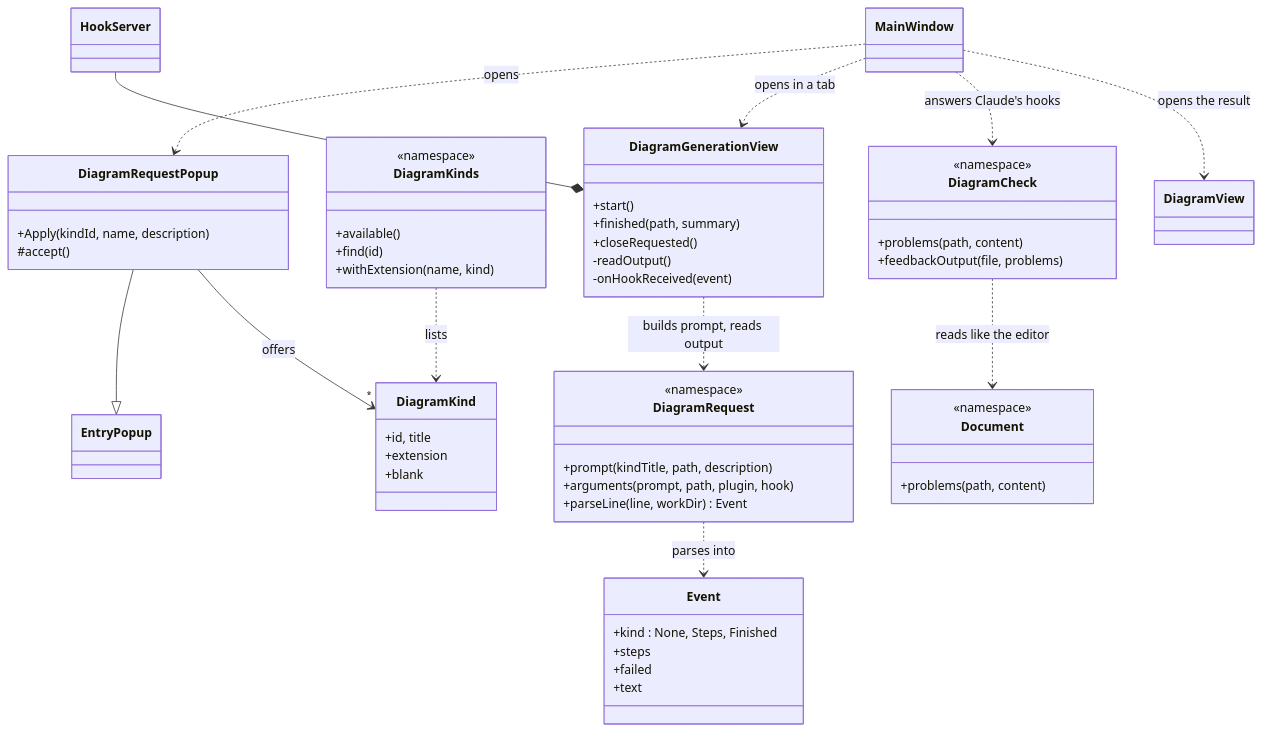
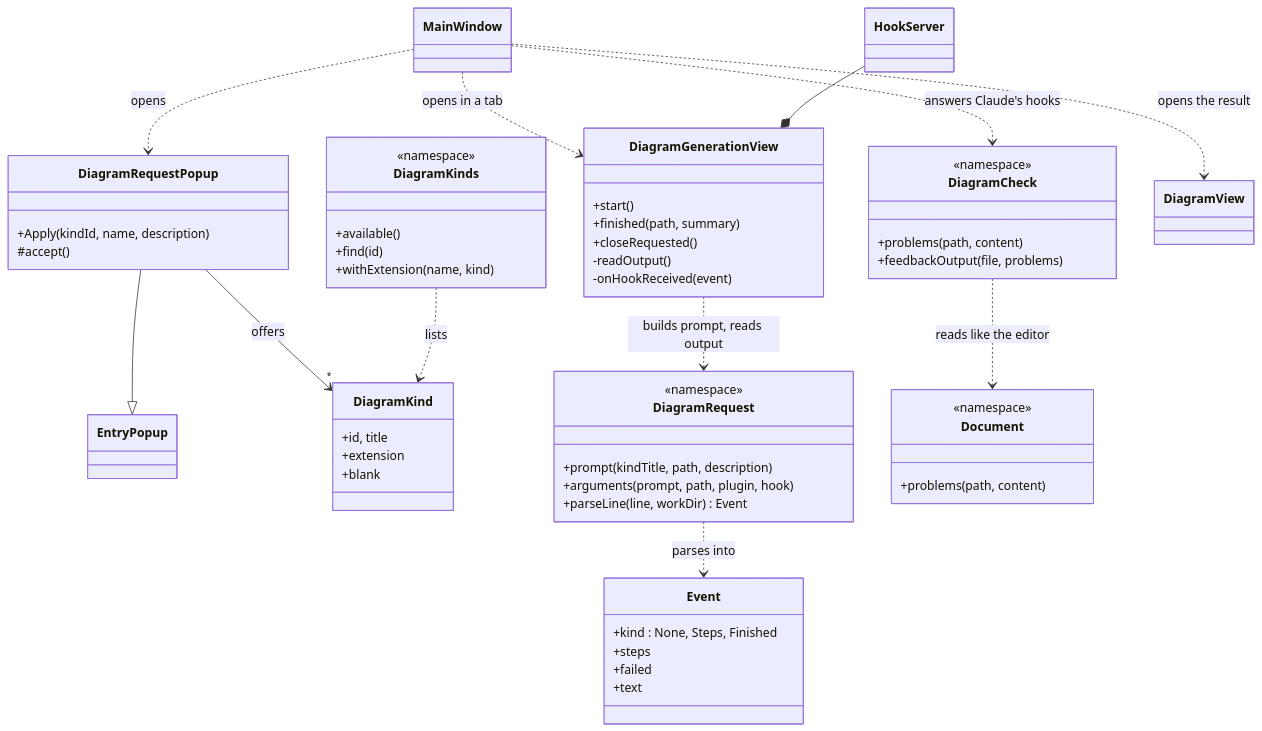
Before and after one commit to EricPonthiaux/Kodamiko: the diagram in docs/diagrams/diagram-generation-with-claude.mmd, drawn with Mermaid. The commit also changed 3 other files, not shown here.

```diff
--- a/docs/diagrams/diagram-generation-with-claude.mmd
+++ b/docs/diagrams/diagram-generation-with-claude.mmd
@@ -1,84 +1,84 @@
 classDiagram
   class EntryPopup
   class DiagramRequestPopup {
     +Apply(kindId, name, description)
     #accept()
   }
   class DiagramKind {
     +id, title
     +extension
     +blank
   }
   class DiagramKinds {
     <<namespace>>
     +available()
     +find(id)
     +withExtension(name, kind)
   }
   class DiagramRequest {
     <<namespace>>
     +prompt(kindTitle, path, description)
     +arguments(prompt, path, plugin, hook)
     +parseLine(line, workDir) Event
   }
   class Event {
     +kind : None, Steps, Finished
     +steps
     +failed
     +text
   }
-  class DiagramGenerationView {
-    +start()
-    +finished(path, summary)
-    +closeRequested()
-    -readOutput()
-    -onHookReceived(event)
-  }
-  class HookServer
   class DiagramCheck {
     <<namespace>>
     +problems(path, content)
     +feedbackOutput(file, problems)
   }
   class Document {
     <<namespace>>
     +problems(path, content)
   }
   class MainWindow
+  class DiagramGenerationView {
+    +start()
+    +finished(path, summary)
+    +closeRequested()
+    -readOutput()
+    -onHookReceived(event)
+  }
   class DiagramView
+  class HookServer
   DiagramRequestPopup --|> EntryPopup
   MainWindow ..> DiagramRequestPopup : opens
   DiagramRequestPopup --> "*" DiagramKind : offers
   DiagramKinds ..> DiagramKind : lists
   MainWindow ..> DiagramGenerationView : opens in a tab
   DiagramGenerationView ..> DiagramRequest : builds prompt, reads output
   DiagramRequest ..> Event : parses into
   HookServer --* DiagramGenerationView
   MainWindow ..> DiagramCheck : answers Claude's hooks
   DiagramCheck ..> Document : reads like the editor
   MainWindow ..> DiagramView : opens the result
 
 %% Layout kept by Duet (positions, sizes, colors, curves)
 %% duet {"key":"EntryPopup","x":39,"y":448}
 %% duet {"key":"DiagramRequestPopup","x":0,"y":184}
 %% duet {"key":"DiagramKind","x":263,"y":418}
 %% duet {"key":"DiagramKinds","x":271.5,"y":164}
 %% duet {"key":"DiagramRequest","x":951,"y":408}
 %% duet {"key":"Event","x":982.5,"y":642}
-%% duet {"key":"DiagramGenerationView","x":986.5,"y":154}
-%% duet {"key":"HookServer","x":1036,"y":0}
 %% duet {"key":"DiagramCheck","x":508,"y":174}
 %% duet {"key":"Document","x":529.5,"y":428}
 %% duet {"fill":"#1565c0","key":"MainWindow","x":666,"y":0}
+%% duet {"key":"DiagramGenerationView","x":986.5,"y":154}
 %% duet {"fill":"#1565c0","key":"DiagramView","x":773,"y":204}
-%% duet {"c":[114,300.5,114,340.6,114,393.5,114,432.5],"e":[114,447.8],"link":"DiagramRequestPopup>EntryPopup","n":0}
-%% duet {"c":[665.5,51.8,570.7,70.4,403.8,107.4,267.8,160.3,254.2,165.6,240.3,171.8,226.7,178.3],"e":[215.8,183.6],"link":"MainWindow>DiagramRequestPopup","lp":[403.9,115],"n":0}
-%% duet {"c":[167.7,300.5,197.5,332.9,235,373.8,267.2,408.9],"e":[275.3,417.7],"link":"DiagramRequestPopup>DiagramKind","lp":[262.4,369],"n":0}
-%% duet {"c":[358.4,320.2,355.1,347.4,351.3,378,347.9,405.4],"e":[346.4,417.7],"link":"DiagramKinds>DiagramKind","lp":[370.5,369],"n":0}
-%% duet {"c":[805.3,76.4,853.2,105,919.7,144.6,975.6,178],"e":[986.3,184.3],"link":"MainWindow>DiagramGenerationView","lp":[987.4,115],"n":0}
+%% duet {"fill":"#d84315","key":"HookServer","x":1036,"y":0}
+%% duet {"c":[114,300.4,114,340.6,114,393.5,114,432.5],"e":[114,447.8],"link":"DiagramRequestPopup>EntryPopup","n":0}
+%% duet {"c":[665.5,51.8,570.7,70.4,403.8,107.4,267.8,160.3,254.2,165.6,240.3,171.7,226.7,178.3],"e":[215.8,183.6],"link":"MainWindow>DiagramRequestPopup","lp":[403.9,115],"n":0}
+%% duet {"c":[167.7,300.4,197.5,332.9,235,373.8,267.2,408.9],"e":[275.3,417.7],"link":"DiagramRequestPopup>DiagramKind","lp":[262.4,369],"n":0}
+%% duet {"c":[358.4,320.2,355,347.4,351.3,378,347.9,405.3],"e":[346.4,417.7],"link":"DiagramKinds>DiagramKind","lp":[370.5,369],"n":0}
+%% duet {"c":[805.3,76.4,853.2,104.9,919.7,144.6,975.6,178],"e":[986.3,184.3],"link":"MainWindow>DiagramGenerationView","lp":[987.4,115],"n":0}
 %% duet {"c":[1083,330.4,1083,351.5,1083,374.1,1083,395.3],"e":[1083,407.6],"link":"DiagramGenerationView>DiagramRequest","lp":[1167.5,369],"n":0}
-%% duet {"c":[1083,564.3,1083,585.1,1083,607.9,1083,629.4],"e":[1083,641.9],"link":"DiagramRequest>Event","lp":[1120.5,603],"n":0}
+%% duet {"c":[1083,564.2,1083,585.1,1083,607.9,1083,629.3],"e":[1083,641.8],"link":"DiagramRequest>Event","lp":[1120.5,603],"n":0}
 %% duet {"c":[1105.7,76.4,1103.4,93.2,1100.6,113.8,1097.7,134.7],"e":[1095.1,153.9],"link":"HookServer>DiagramGenerationView","n":0}
-%% duet {"c":[718.1,76.4,703.4,100.9,683.9,133.5,666.1,163.3],"e":[659.9,173.7],"link":"MainWindow>DiagramCheck","lp":[701.5,115],"n":0}
-%% duet {"c":[619,310.3,619,343.1,619,382.3,619,415.3],"e":[619,427.7],"link":"DiagramCheck>Document","lp":[681,369],"n":0}
+%% duet {"c":[718.1,76.4,703.4,100.8,683.9,133.4,666.1,163.3],"e":[659.9,173.6],"link":"MainWindow>DiagramCheck","lp":[701.5,115],"n":0}
+%% duet {"c":[619,310.3,619,343,619,382.3,619,415.3],"e":[619,427.7],"link":"DiagramCheck>Document","lp":[681,369],"n":0}
 %% duet {"c":[761.1,76.4,778.5,109.4,803.6,157.3,822.4,193.1],"e":[828,203.8],"link":"MainWindow>DiagramView","lp":[848.7,115],"n":0}
```
